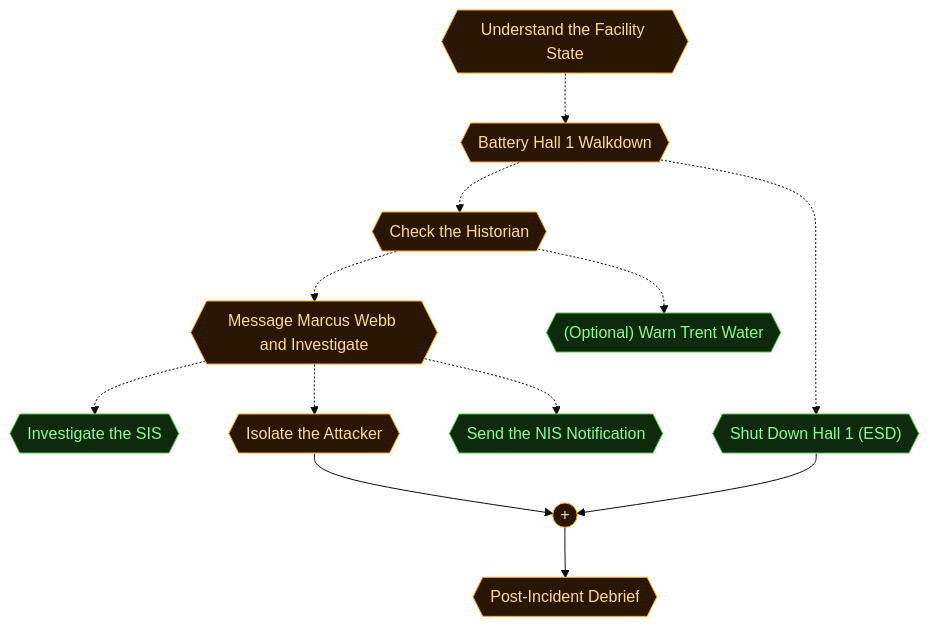
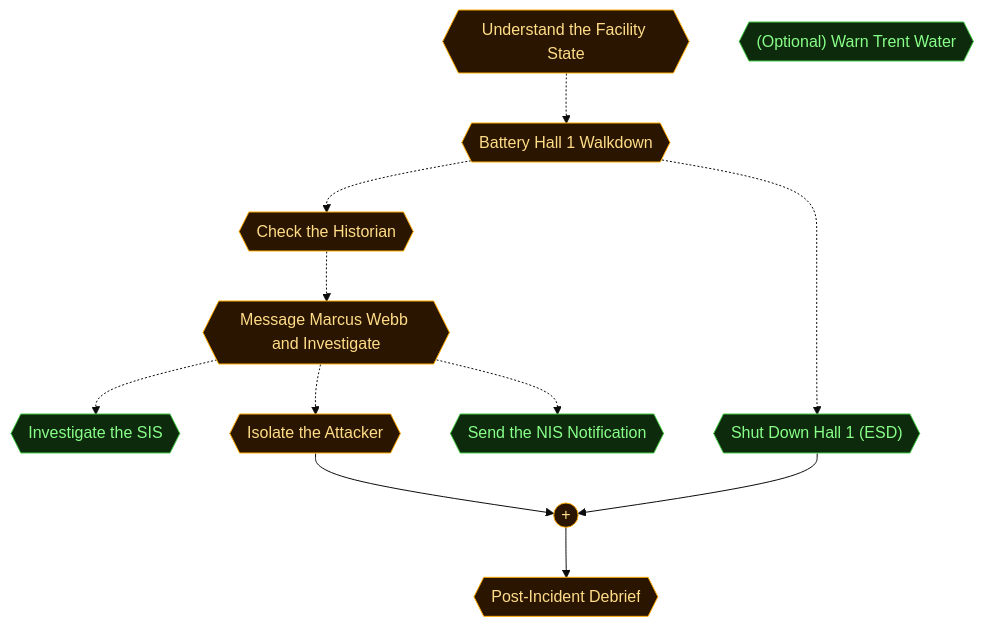
One commit to cliffe/BreakEscape changed the second of 5 diagrams in scenarios/sis02_energy/dungeon_graph.md. Above: the diagram before and after it, drawn with Mermaid (base theme). The commit also changed other lines of this file and 6 other files, not shown here.

First line of the commit message:
sis02: Helen's texts get a phone thread, Trent aim opens on the jump server, H2 GAS lamp label

````diff
--- a/scenarios/sis02_energy/dungeon_graph.md
+++ b/scenarios/sis02_energy/dungeon_graph.md
@@ -166,45 +166,44 @@
 ```mermaid
 flowchart TD
 
   classDef room      fill:#0f2d2d,stroke:#22ddcc,color:#a0ffee
   classDef lock      fill:#2d0f0f,stroke:#e66060,color:#ffa0a0
   classDef key       fill:#2d0812,stroke:#e66060,color:#ffa0a0
   classDef item      fill:#2d1200,stroke:#e89030,color:#ffcc80
   classDef gate      fill:#111,stroke:#666,color:#eee
   classDef vm        fill:#0c1f40,stroke:#4a90d9,color:#a0c8ff
   classDef flag      fill:#1a0c2d,stroke:#9060d0,color:#cc99ff
   classDef action    fill:#1a1200,stroke:#cc9922,color:#ffee88
   classDef aim       fill:#0d2a0d,stroke:#44cc44,color:#88ff88
   classDef aim_gate  fill:#111111,stroke:#44cc44,color:#44cc44
   classDef container fill:#1a2d1a,stroke:#60b060,color:#a0e0a0
   classDef npc       fill:#2d1f0d,stroke:#d0a050,color:#ffe0a0
   classDef critical  fill:#2a1500,stroke:#ffaa00,color:#ffdd88
   classDef start     fill:#003322,stroke:#00ffaa,color:#00ffaa
 
   aim_assess_control_room{{"Understand the Facility State"}}
   aim_conduct_walkdown{{"Battery Hall 1 Walkdown"}}
   aim_verify_anomaly{{"Check the Historian"}}
   aim_contact_marcus_investigate{{"Message Marcus Webb and Investigate"}}
   aim_investigate_sis{{"Investigate the SIS"}}
   aim_initiate_esd{{"Shut Down Hall 1 (ESD)"}}
   aim_isolate_network{{"Isolate the Attacker"}}
   aim_nis_notification{{"Send the NIS Notification"}}
   aim_trent_water_notification{{"(Optional) Warn Trent Water"}}
   aim_post_incident_debrief{{"Post-Incident Debrief"}}
   aim_andgate_post_incident_debrief((" + "))
 
   aim_assess_control_room -.-> aim_conduct_walkdown
   aim_conduct_walkdown -.-> aim_verify_anomaly
   aim_verify_anomaly -.-> aim_contact_marcus_investigate
   aim_contact_marcus_investigate -.-> aim_investigate_sis
   aim_conduct_walkdown -.-> aim_initiate_esd
   aim_contact_marcus_investigate -.-> aim_isolate_network
   aim_contact_marcus_investigate -.-> aim_nis_notification
-  aim_verify_anomaly -.-> aim_trent_water_notification
   aim_initiate_esd --> aim_andgate_post_incident_debrief
   aim_isolate_network --> aim_andgate_post_incident_debrief
   aim_andgate_post_incident_debrief --> aim_post_incident_debrief
 
   class aim_assess_control_room,aim_conduct_walkdown,aim_verify_anomaly,aim_contact_marcus_investigate,aim_isolate_network,aim_post_incident_debrief,aim_andgate_post_incident_debrief critical
   class aim_investigate_sis,aim_initiate_esd,aim_nis_notification,aim_trent_water_notification aim
 ```
````
